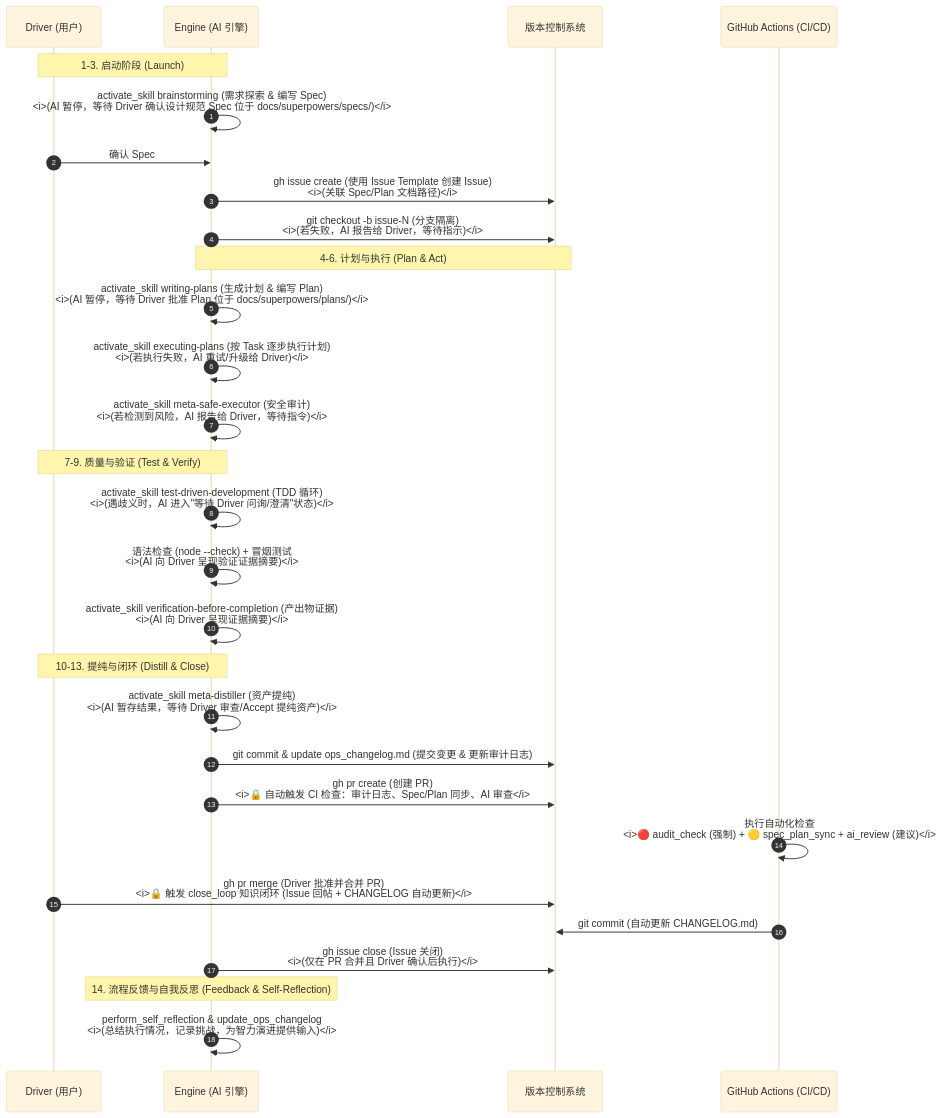
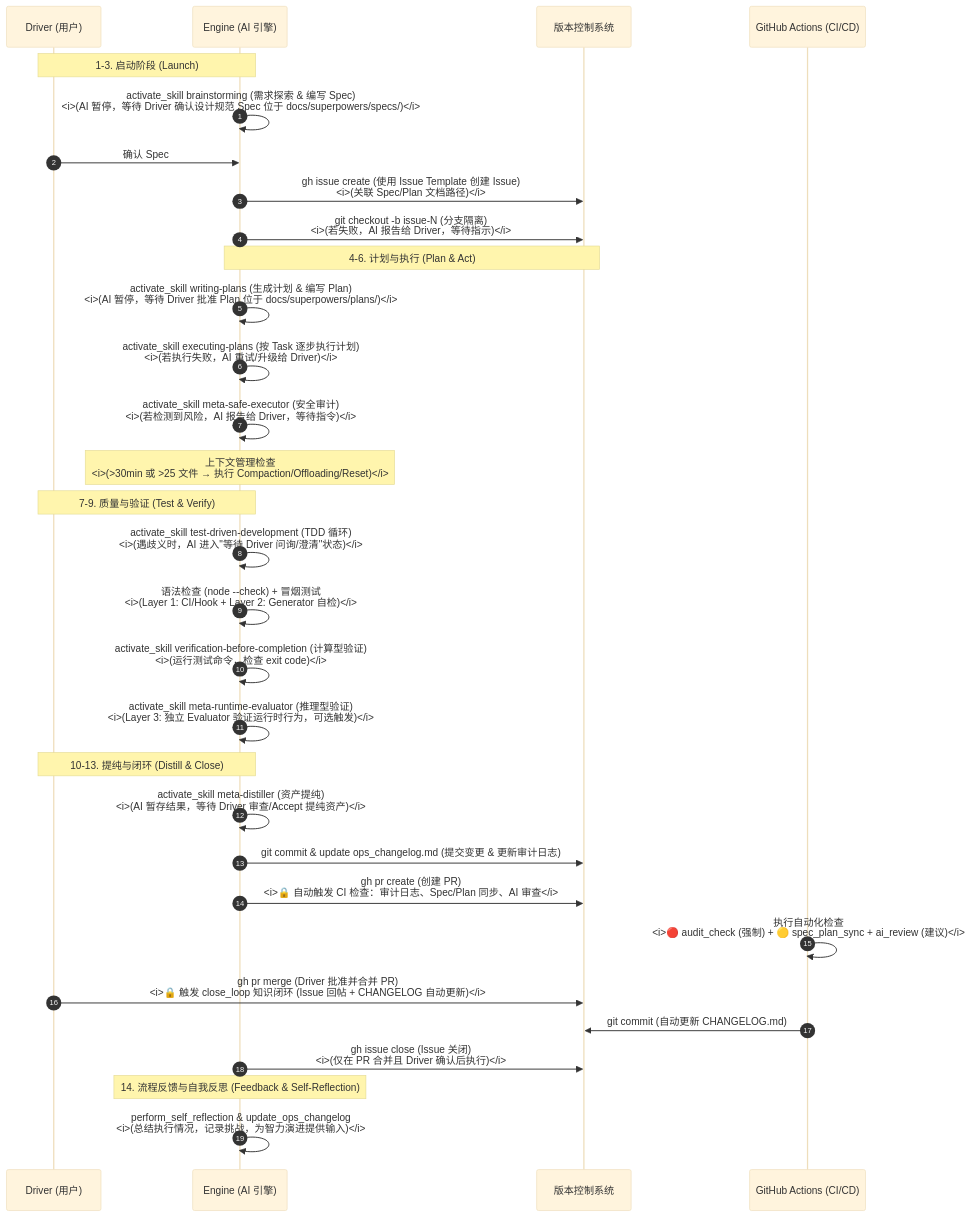
Before and after one commit to catx1726/AYDrivenDevelopment: the diagram in docs/superpowers/lifecycle.md, drawn with Mermaid (base theme). The commit also changed other lines of this file and 2 other files, not shown here.

Commit message:
docs: 更新引导文档以反映三层验证架构和上下文管理策略
- AGENTS.md: 增加运行时验证和上下文管理标准索引，更新证据呈现规范为三层架构
- lifecycle.md: 流程图加入上下文管理检查和 Layer 3 验证，阶段说明表增加 meta-runtime-evaluator
- tips.md: 增加上下文管理快速参考（触发信号、三种策略、Reset handoff 位置、危险信号）

````diff
--- a/docs/superpowers/lifecycle.md
+++ b/docs/superpowers/lifecycle.md
@@ -5,36 +5,38 @@
 ```mermaid
 sequenceDiagram
     autonumber
     participant D as Driver (用户)
     participant AI as Engine (AI 引擎)
     participant VCS as 版本控制系统
     participant CI as GitHub Actions (CI/CD)
 
     Note over D, AI: 1-3. 启动阶段 (Launch)
     AI->>AI: activate_skill brainstorming (需求探索 & 编写 Spec)<br/><i>(AI 暂停，等待 Driver 确认设计规范 Spec 位于 docs/superpowers/specs/)</i>
     D->>AI: 确认 Spec
     AI->>VCS: gh issue create (使用 Issue Template 创建 Issue)<br/><i>(关联 Spec/Plan 文档路径)</i>
     AI->>VCS: git checkout -b issue-N (分支隔离)<br/><i>(若失败，AI 报告给 Driver，等待指示)</i>
 
     Note over AI, VCS: 4-6. 计划与执行 (Plan & Act)
     AI->>AI: activate_skill writing-plans (生成计划 & 编写 Plan)<br/><i>(AI 暂停，等待 Driver 批准 Plan 位于 docs/superpowers/plans/)</i>
     AI->>AI: activate_skill executing-plans (按 Task 逐步执行计划)<br/><i>(若执行失败，AI 重试/升级给 Driver)</i>
     AI->>AI: activate_skill meta-safe-executor (安全审计)<br/><i>(若检测到风险，AI 报告给 Driver，等待指令)</i>
+    Note over AI: 上下文管理检查<br/><i>(>30min 或 >25 文件 → 执行 Compaction/Offloading/Reset)</i>
 
     Note over AI, D: 7-9. 质量与验证 (Test & Verify)
     AI->>AI: activate_skill test-driven-development (TDD 循环)<br/><i>(遇歧义时，AI 进入"等待 Driver 问询/澄清"状态)</i>
-    AI->>AI: 语法检查 (node --check) + 冒烟测试<br/><i>(AI 向 Driver 呈现验证证据摘要)</i>
-    AI->>AI: activate_skill verification-before-completion (产出物证据)<br/><i>(AI 向 Driver 呈现证据摘要)</i>
+    AI->>AI: 语法检查 (node --check) + 冒烟测试<br/><i>(Layer 1: CI/Hook + Layer 2: Generator 自检)</i>
+    AI->>AI: activate_skill verification-before-completion (计算型验证)<br/><i>(运行测试命令，检查 exit code)</i>
+    AI->>AI: activate_skill meta-runtime-evaluator (推理型验证)<br/><i>(Layer 3: 独立 Evaluator 验证运行时行为，可选触发)</i>
 
     Note over AI, D: 10-13. 提纯与闭环 (Distill & Close)
     AI->>AI: activate_skill meta-distiller (资产提纯)<br/><i>(AI 暂存结果，等待 Driver 审查/Accept 提纯资产)</i>
     AI->>VCS: git commit & update ops_changelog.md (提交变更 & 更新审计日志)
     AI->>VCS: gh pr create (创建 PR)<br/><i>🔒 自动触发 CI 检查：审计日志、Spec/Plan 同步、AI 审查</i>
     CI->>CI: 执行自动化检查<br/><i>🔴 audit_check (强制) + 🟡 spec_plan_sync + ai_review (建议)</i>
     D->>VCS: gh pr merge (Driver 批准并合并 PR)<br/><i>🔒 触发 close_loop 知识闭环 (Issue 回帖 + CHANGELOG 自动更新)</i>
     CI->>VCS: git commit (自动更新 CHANGELOG.md)
     AI->>VCS: gh issue close (Issue 关闭)<br/><i>(仅在 PR 合并且 Driver 确认后执行)</i>
 
     Note over AI: 14. 流程反馈与自我反思 (Feedback & Self-Reflection)
     AI->>AI: perform_self_reflection & update_ops_changelog<br/><i>(总结执行情况，记录挑战，为智力演进提供输入)</i>
 ```
````
